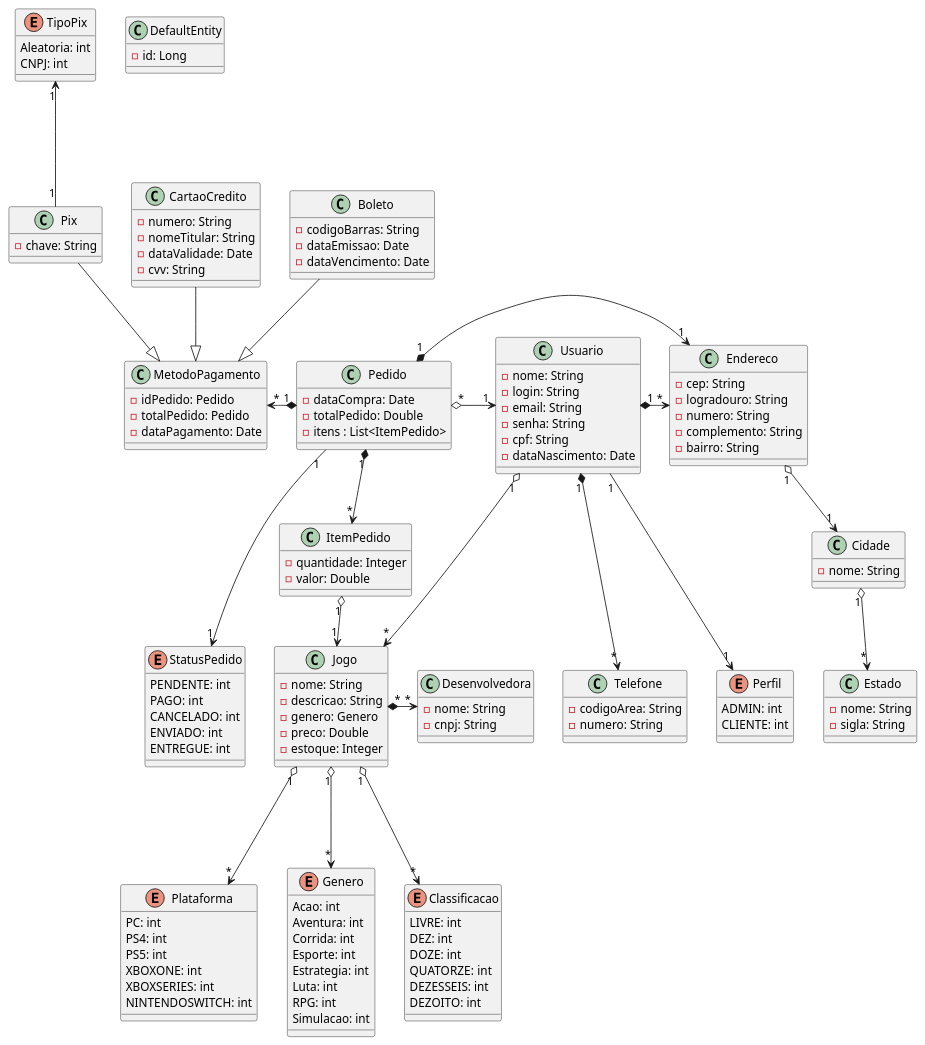
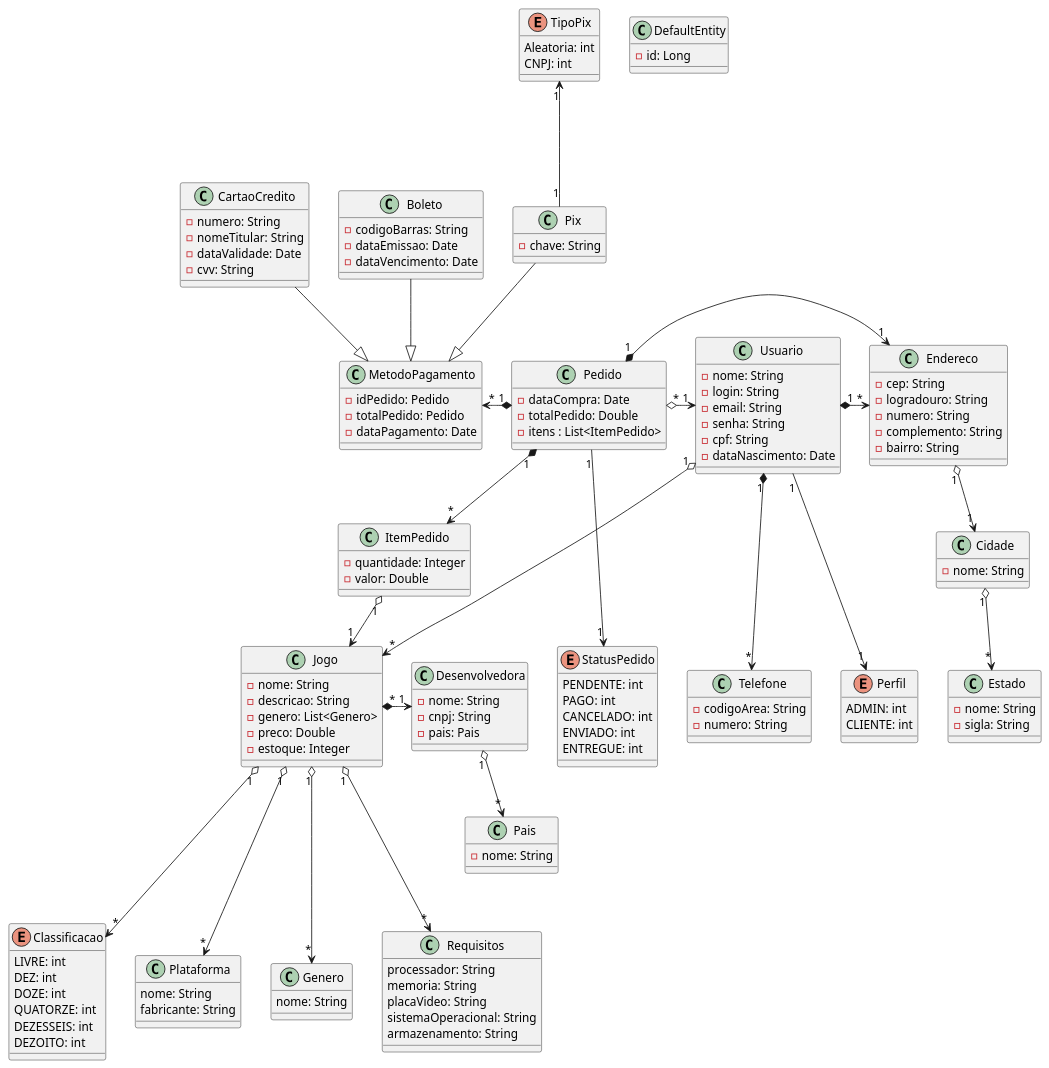
Before and after one commit to luisnoleto/topicos2-quarkus: the diagram in uml.plantuml, drawn with PlantUML.

Commit message:
atualização uml

```diff
--- a/uml.plantuml
+++ b/uml.plantuml
@@ -1,164 +1,168 @@
 @startuml Uml
 
 class DefaultEntity{
     - id: Long
 }
 
 class Usuario{
     - nome: String
     - login: String
     - email: String
     - senha: String
     - cpf: String
     - dataNascimento: Date
 }
 
 class CartaoCredito{
     - numero: String
     - nomeTitular: String
     - dataValidade: Date
     - cvv: String
 }
 
 class MetodoPagamento{
     - idPedido: Pedido
     - totalPedido: Pedido
     - dataPagamento: Date
 }
 
 
 class Telefone{
     - codigoArea: String
     - numero: String
 }
 
 class Jogo{
     - nome: String
     - descricao: String
-    - genero: Genero
+    - genero: List<Genero>
     - preco: Double
     - estoque: Integer
 }
 
 class Boleto{
     - codigoBarras: String
     - dataEmissao: Date
     - dataVencimento: Date
 }
 
 class Pix{
     - chave: String
 }
 
 class Endereco{
     - cep: String
     - logradouro: String
     - numero: String
     - complemento: String
     - bairro: String
 }
 
 class Cidade{
     - nome: String
 }
 
 class Estado{
     - nome: String
     - sigla: String
 }
 
 class Pedido{
     - dataCompra: Date
     - totalPedido: Double
     - itens : List<ItemPedido>
 }
 
 class ItemPedido{
     - quantidade: Integer
     - valor: Double
 
 }
 
+class Pais{
+    - nome: String
+}
+
 class Desenvolvedora{
     - nome: String
     - cnpj: String
+    - pais: Pais
 }
 
 
-Enum Plataforma{
-    PC: int
-    PS4: int
-    PS5: int
-    XBOXONE: int
-    XBOXSERIES: int
-    NINTENDOSWITCH: int
+class Plataforma{
+    nome: String
+    fabricante: String
 }
 
-Enum Genero{
-    Acao: int
-    Aventura: int
-    Corrida: int
-    Esporte: int
-    Estrategia: int
-    Luta: int
-    RPG: int
-    Simulacao: int
+class Genero{
+    nome: String
 }
 
+class Requisitos{
+    processador: String
+    memoria: String
+    placaVideo: String
+    sistemaOperacional: String
+    armazenamento: String
+}
 
 Enum StatusPedido{
     PENDENTE: int
     PAGO: int
     CANCELADO: int
     ENVIADO: int
     ENTREGUE: int
 }
 
 Enum Classificacao{
     LIVRE: int
     DEZ: int
     DOZE: int
     QUATORZE: int
     DEZESSEIS: int
     DEZOITO: int
 }
 
 Enum TipoPix{
     Aleatoria: int
     CNPJ: int
 }
 
 Enum Perfil{
     ADMIN: int
     CLIENTE: int
 }
 
 
 
 Usuario "1" *--down-> "*" Telefone
 Usuario "1" *--right-> "*" Endereco
 Usuario "1" o--down-> "*" Jogo
 Usuario "1" --down-> "1" Perfil
 
 Pedido "*" o--right-> "1" Usuario
 Pedido "1" *--right->"*" ItemPedido
 Pedido "1" --down-> "1" StatusPedido
 Pedido "1" *--right-> "1" Endereco
 Pedido "1" *--left-> "*" MetodoPagamento
 
 ItemPedido "1" o--> "1" Jogo
 
-Jogo "*" *--right-> "*" Desenvolvedora
+Jogo "*" *--right-> "1" Desenvolvedora
 Jogo "1" o--down-> "*" Genero
 Jogo "1" o--down-> "*" Classificacao
 Jogo "1" o--down-> "*" Plataforma
+Jogo "1" o--down-> "*" Requisitos
 Endereco "1" o--> "1" Cidade
 Cidade "1" o--> "*" Estado
+
+Desenvolvedora "1" o--> "*" Pais
 
 Pix "1" --up-> "1" TipoPix
 Boleto --|> MetodoPagamento
 Pix --|> MetodoPagamento
 CartaoCredito --|> MetodoPagamento
 
 
 @enduml
```
